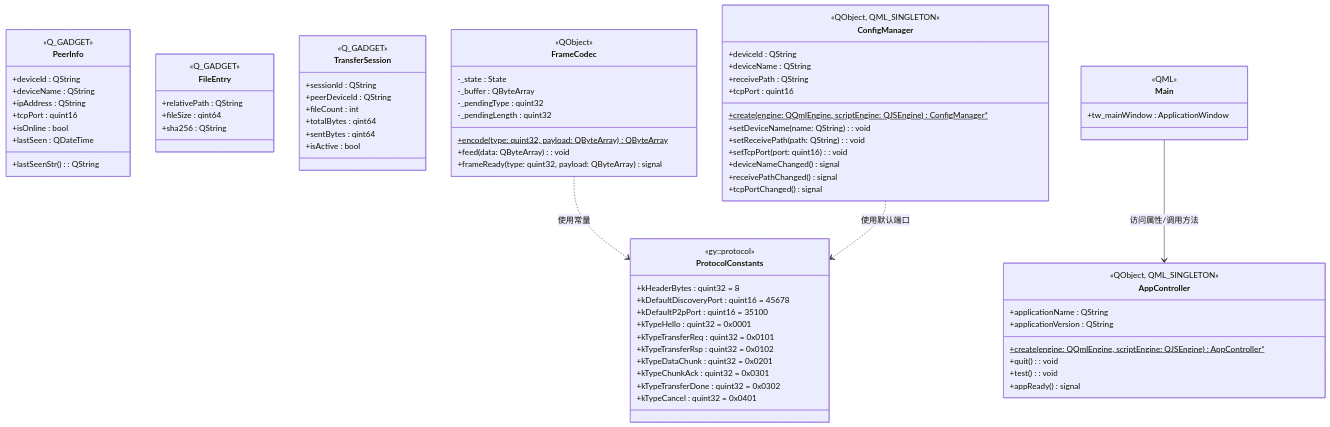
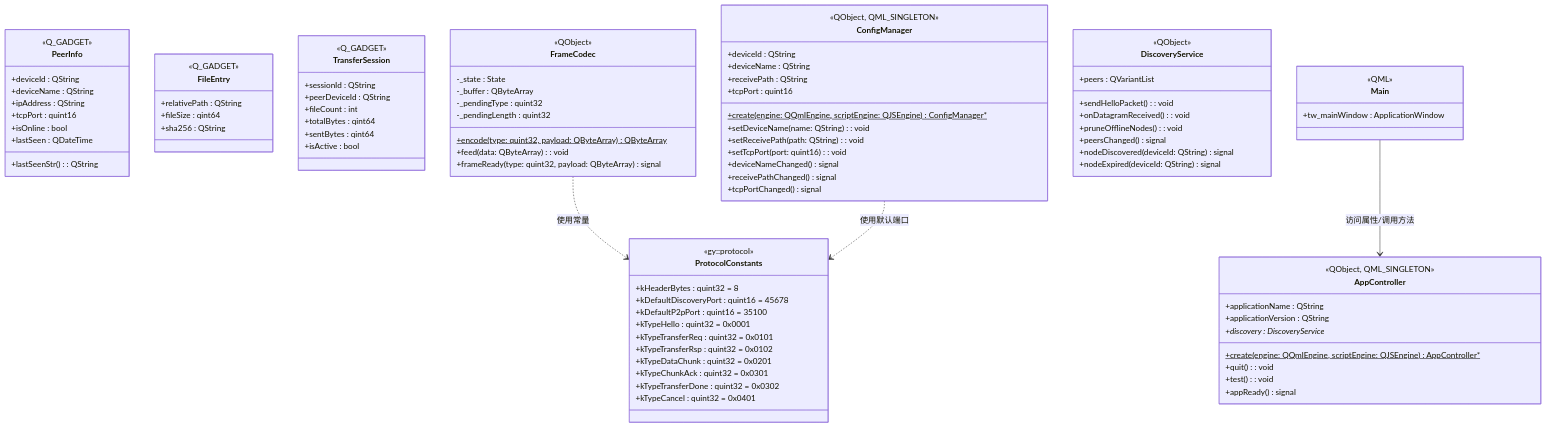
The diagram in doc/diagrams/class-diagram.md (Gsheep0729/GridYard), drawn with Mermaid before and after one commit. The commit also changed 4 other files, not shown here.

```diff
--- a/doc/diagrams/class-diagram.md
+++ b/doc/diagrams/class-diagram.md
@@ -72,10 +72,22 @@
         +tcpPortChanged() signal
     }
 
+    class DiscoveryService {
+        <<QObject>>
+        +peers : QVariantList
+        +sendHelloPacket() : void
+        +onDatagramReceived() : void
+        +pruneOfflineNodes() : void
+        +peersChanged() signal
+        +nodeDiscovered(deviceId: QString) signal
+        +nodeExpired(deviceId: QString) signal
+    }
+
     class AppController {
         <<QObject, QML_SINGLETON>>
         +applicationName : QString
         +applicationVersion : QString
+        +discovery : DiscoveryService*
         +create(engine: QQmlEngine, scriptEngine: QJSEngine)$ AppController*
         +quit() : void
         +test() : void
```
